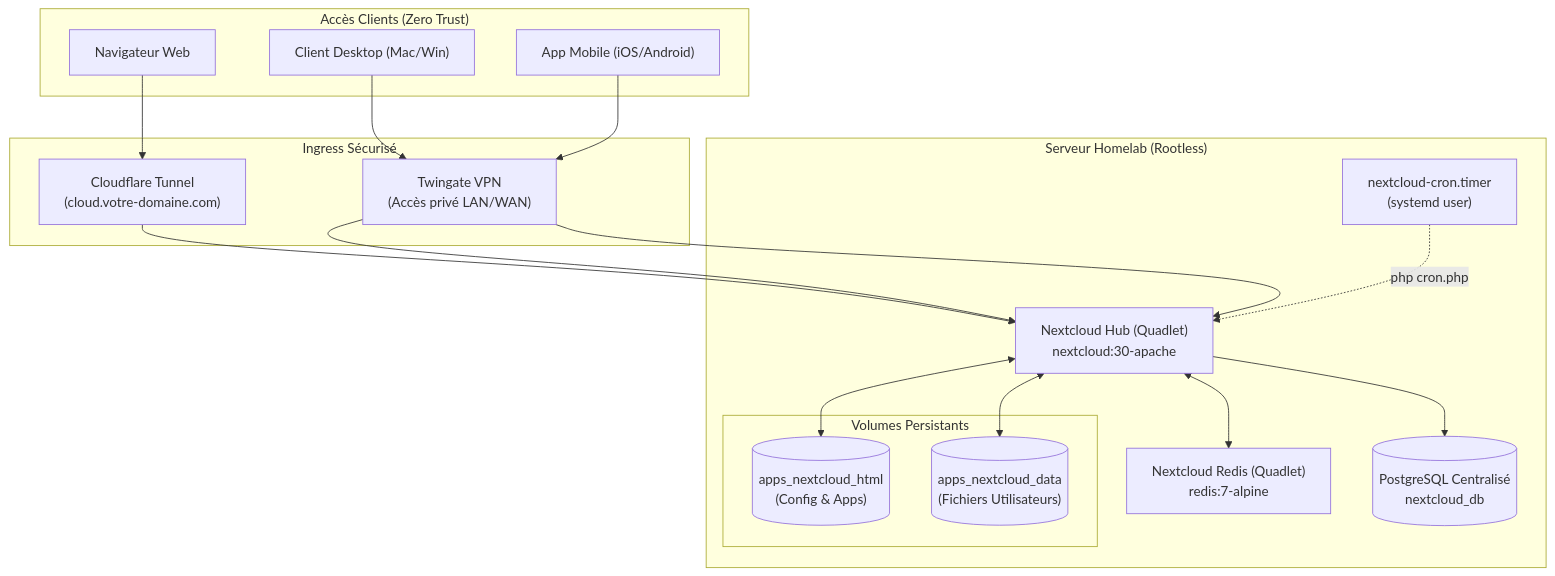
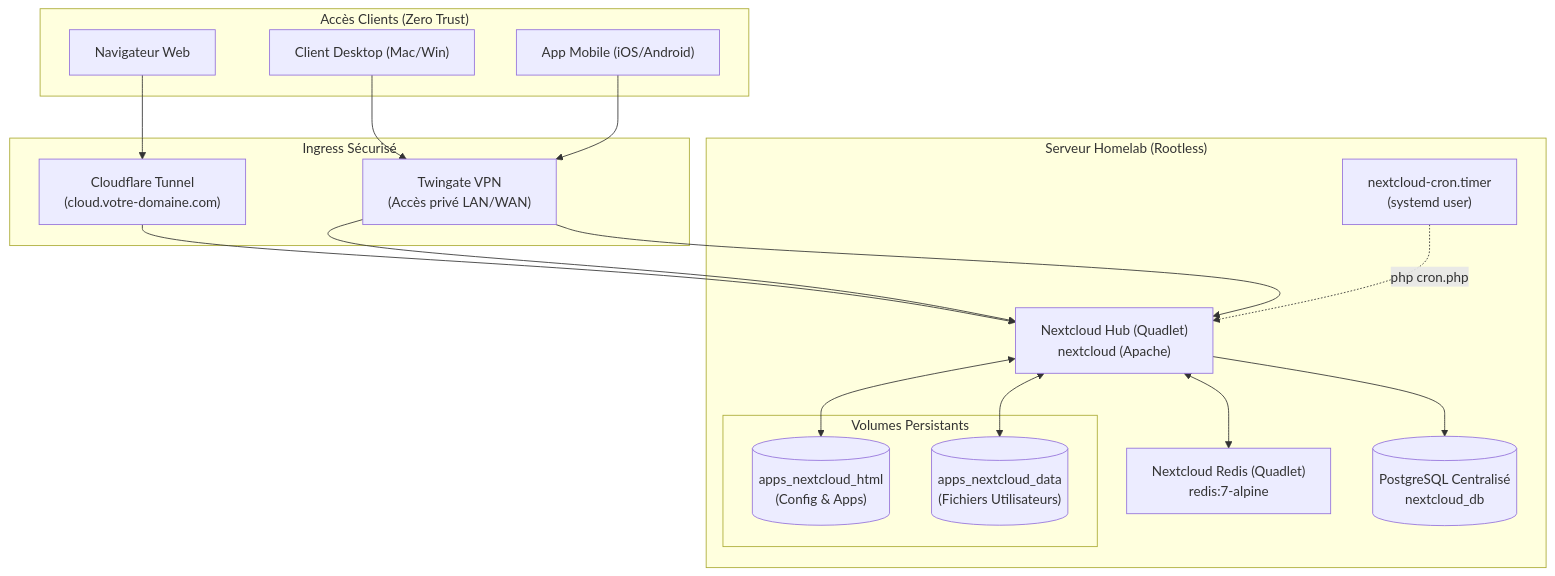
Before and after one commit to altasu/homelab: the diagram in docs/runbooks/quadlet-nextcloud.md, drawn with Mermaid. The commit also changed other lines of this file and 4 other files, not shown here.

````diff
--- a/docs/runbooks/quadlet-nextcloud.md
+++ b/docs/runbooks/quadlet-nextcloud.md
@@ -17,36 +17,36 @@
 ```mermaid
 flowchart TD
     subgraph Clients["Accès Clients (Zero Trust)"]
         web["Navigateur Web"]
         desktop["Client Desktop (Mac/Win)"]
         mobile["App Mobile (iOS/Android)"]
     end
 
     subgraph Ingress["Ingress Sécurisé"]
         cf["Cloudflare Tunnel<br>(cloud.votre-domaine.com)"]
         tg["Twingate VPN<br>(Accès privé LAN/WAN)"]
     end
 
     subgraph Host["Serveur Homelab (Rootless)"]
-        nc["Nextcloud Hub (Quadlet)<br>nextcloud:30-apache"]
+        nc["Nextcloud Hub (Quadlet)<br>nextcloud (Apache)"]
         redis["Nextcloud Redis (Quadlet)<br>redis:7-alpine"]
         cron["nextcloud-cron.timer<br>(systemd user)"]
         
         subgraph Storage["Volumes Persistants"]
             vol_html[("apps_nextcloud_html<br>(Config & Apps)")]
             vol_data[("apps_nextcloud_data<br>(Fichiers Utilisateurs)")]
         end
         
         pg[("PostgreSQL Centralisé<br>nextcloud_db")]
     end
 
     web --> cf --> nc
     desktop --> tg --> nc
     mobile --> tg --> nc
     
     nc <--> redis
     nc --> pg
     nc <--> vol_html
     nc <--> vol_data
     cron -.->|"php cron.php"| nc
 ```
````
